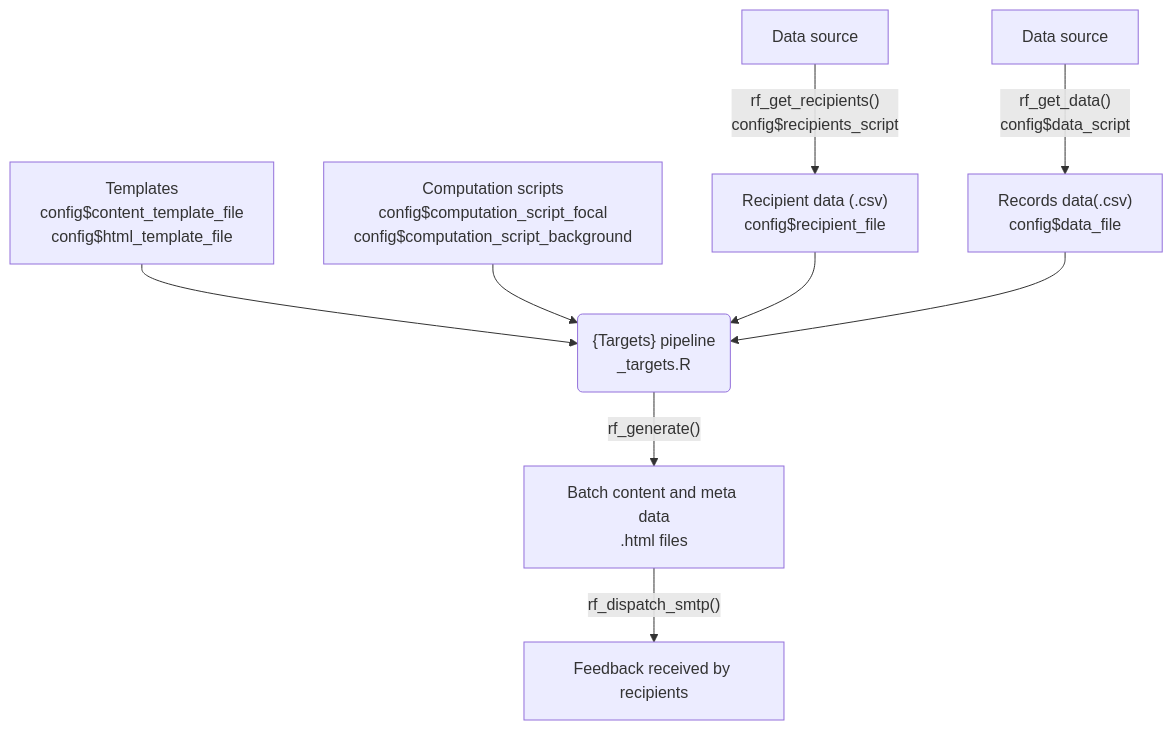
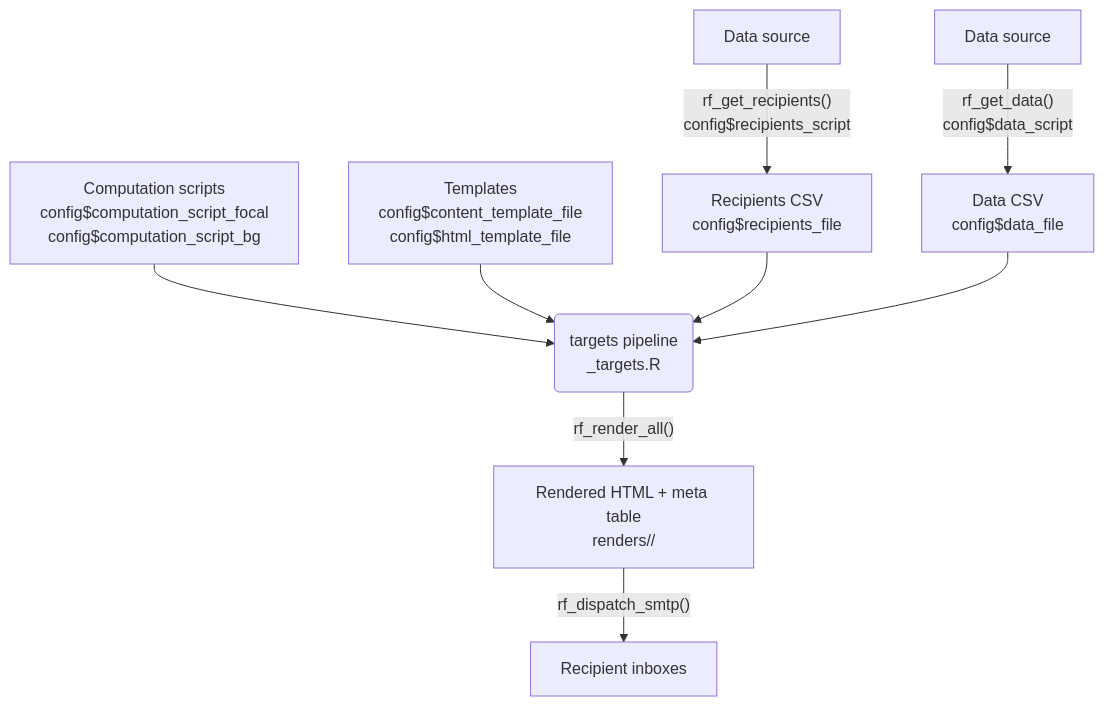
Before and after one commit to simonrolph/recorderFeedback: the diagram in README.Rmd, drawn with Mermaid. The commit also changed other lines of this file and 1 other file, not shown here.

````diff
--- a/README.Rmd
+++ b/README.Rmd
@@ -41,11 +110,11 @@
 ```mermaid
 graph TD
-    A[Data source] --> |"rf_get_recipients()<br>config$recipients_script" | B["Recipient data (.csv)"<br>config$recipient_file]
-    C[Data source] --> |"rf_get_data()<br>config$data_script" | D["Records data(.csv)"<br>config$data_file]
+    A[Data source] --> |"rf_get_recipients()<br>config$recipients_script" | B["Recipients CSV<br>config$recipients_file"]
+    C[Data source] --> |"rf_get_data()<br>config$data_script" | D["Data CSV<br>config$data_file"]
+    H["Computation scripts<br>config$computation_script_focal<br>config$computation_script_bg"] --> E
     F["Templates<br>config$content_template_file<br>config$html_template_file"] --> E
-    H["Computation scripts<br>config$computation_script_focal<br>config$computation_script_background"] --> E
-    B --> E("{Targets} pipeline<br>_targets.R")
+    B --> E("targets pipeline<br>_targets.R")
     D --> E
-    E --> |"rf_generate()"| G[Batch content and meta data<br>.html files]
-    G --> |"rf_dispatch_smtp()"| J[Feedback received by recipients]
+    E --> |"rf_render_all()"| G["Rendered HTML + meta table<br>renders/<batch_id>/"]
+    G --> |"rf_dispatch_smtp()"| J[Recipient inboxes]
 ```
````
